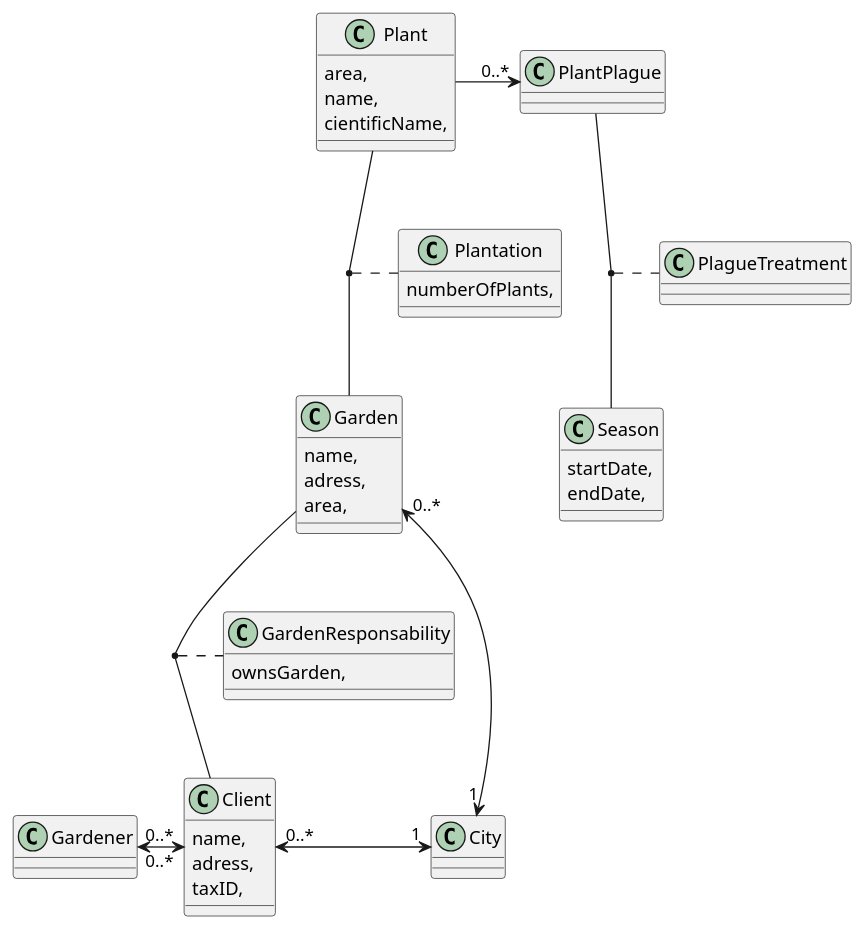
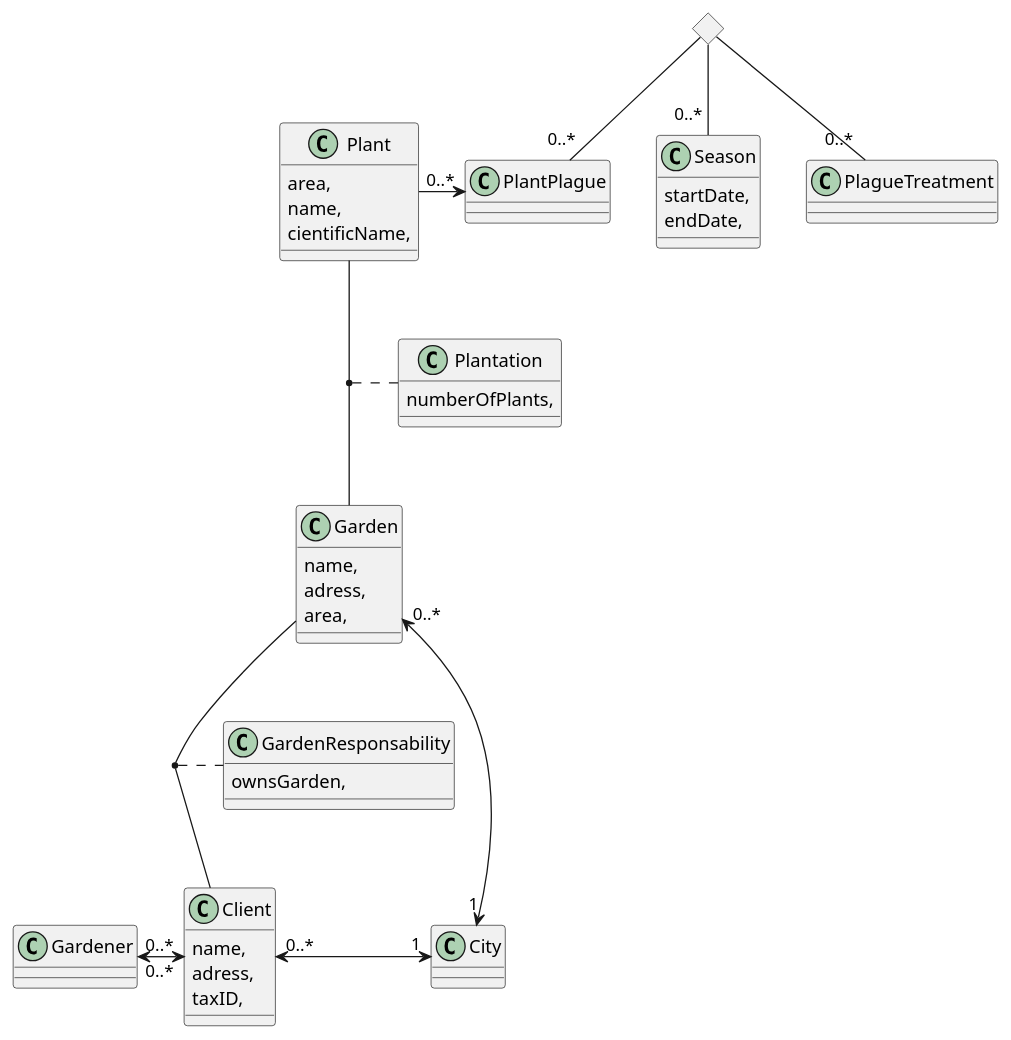
One commit to bdmendes/feup-bdad changed the diagram in data_modelling/ex2.puml. Above: the diagram before and after it, drawn with PlantUML. The commit also changed 1 other file, not shown here.

```diff
--- a/data_modelling/ex2.puml
+++ b/data_modelling/ex2.puml
@@ -1,58 +1,62 @@
 @startuml garden
 
 class Gardener {
 
 }
 
 class Client {
     name,
     adress,
     taxID,
 }
 
 class City {
 
 }
 
 class Garden {
     name,
     adress,
     area,
 }
 
 class GardenResponsability {
     ownsGarden,
 }
 
 class Plant {
     area,
     name,
     cientificName,
 }
 
 class Plantation {
     numberOfPlants,
 }
 
 class PlantPlague {
 
 }
 
 class Season {
     startDate,
     endDate,
 }
 
 class PlagueTreatment {
 
 }
 
+<> diamond
+diamond -- "0..*" PlagueTreatment
+diamond -- "0..*" PlantPlague
+diamond -- "0..* " Season
+
 Plant -> "0..*" PlantPlague
 Gardener "0..*" <-> "0..*" Client
 (Garden, Client) . GardenResponsability
 (Plant, Garden) . Plantation
-(PlantPlague, Season) . PlagueTreatment
 Garden "0..*" <-> "1" City
 Client "0..*" <-> "1" City
 
 @enduml
```
